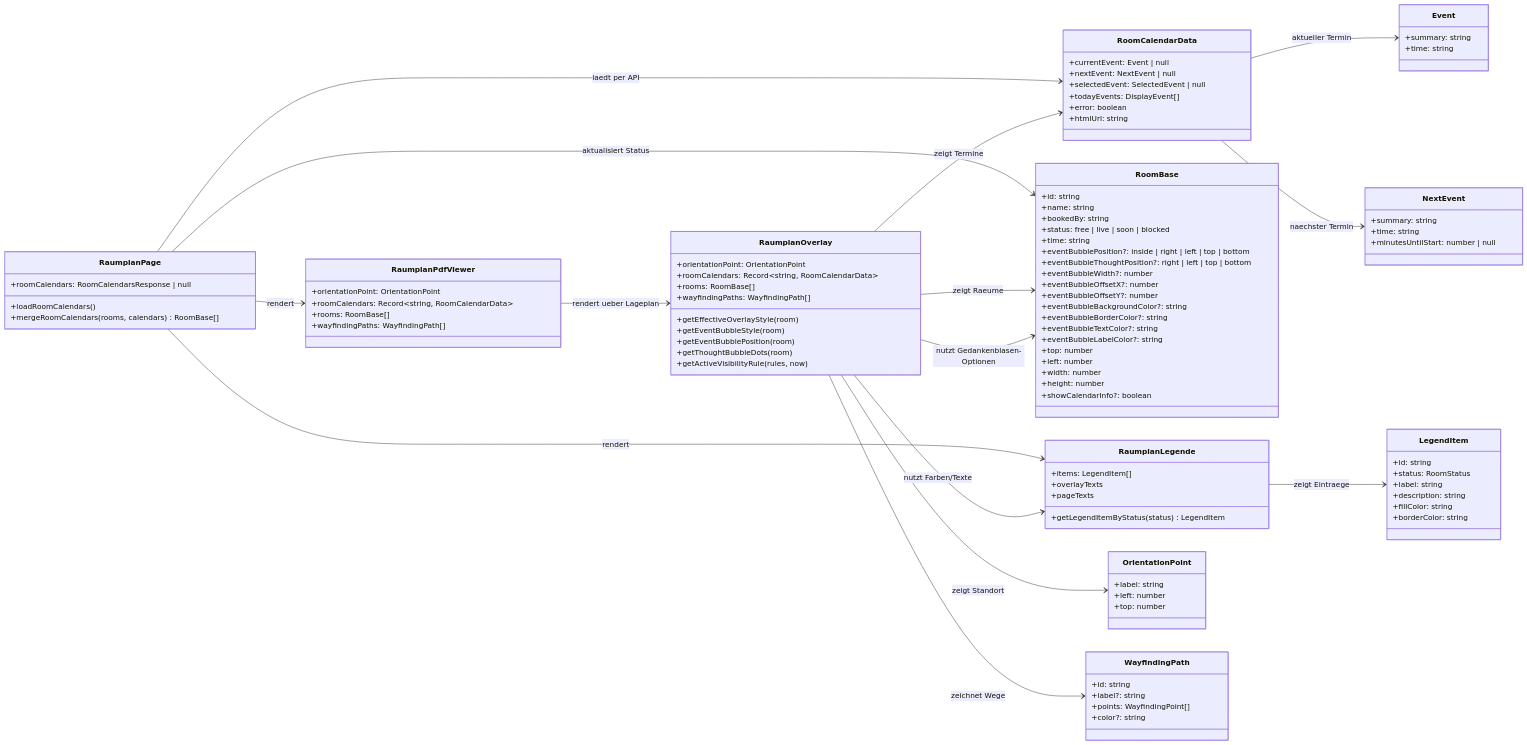
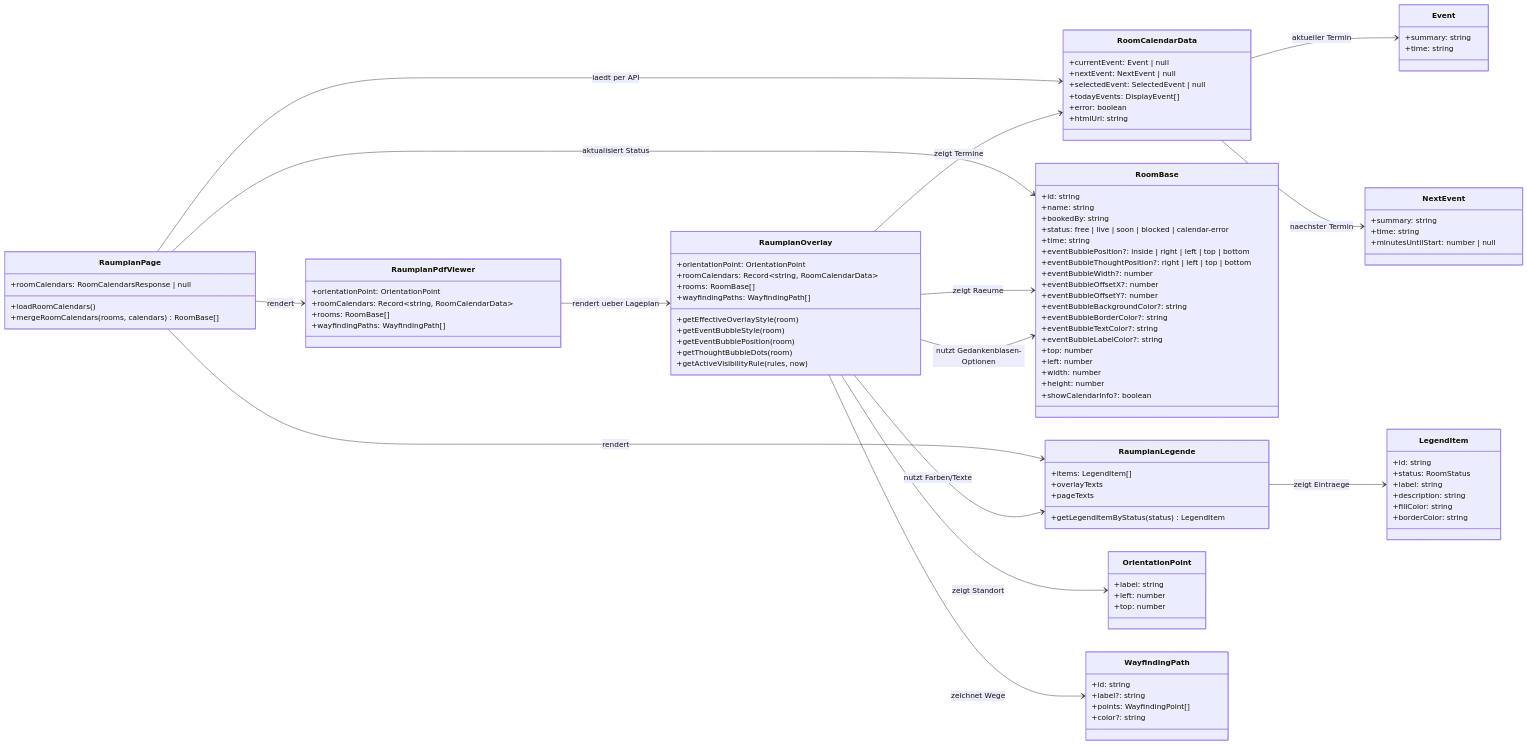
The diagram in docs/klassendiagramm.mmd (albertdueck1-svg/Raum--und-Terminuebersicht), drawn with Mermaid before and after one commit. The commit also changed 9 other files, not shown here.

Commit message:
Diagramme angepasst und ein Teil der Termindarstellung geändert

```diff
--- a/docs/klassendiagramm.mmd
+++ b/docs/klassendiagramm.mmd
@@ -1,113 +1,113 @@
 classDiagram
   direction LR
 
   class RaumplanPage {
     +roomCalendars: RoomCalendarsResponse | null
     +loadRoomCalendars()
     +mergeRoomCalendars(rooms, calendars) RoomBase[]
   }
 
   class RaumplanPdfViewer {
     +orientationPoint: OrientationPoint
     +roomCalendars: Record~string, RoomCalendarData~
     +rooms: RoomBase[]
     +wayfindingPaths: WayfindingPath[]
   }
 
   class RaumplanOverlay {
     +orientationPoint: OrientationPoint
     +roomCalendars: Record~string, RoomCalendarData~
     +rooms: RoomBase[]
     +wayfindingPaths: WayfindingPath[]
     +getEffectiveOverlayStyle(room)
     +getEventBubbleStyle(room)
     +getEventBubblePosition(room)
     +getThoughtBubbleDots(room)
     +getActiveVisibilityRule(rules, now)
   }
 
   class RaumplanLegende {
     +items: LegendItem[]
     +overlayTexts
     +pageTexts
     +getLegendItemByStatus(status) LegendItem
   }
 
   class RoomBase {
     +id: string
     +name: string
     +bookedBy: string
-    +status: free | live | soon | blocked
+    +status: free | live | soon | blocked | calendar-error
     +time: string
     +eventBubblePosition?: inside | right | left | top | bottom
     +eventBubbleThoughtPosition?: right | left | top | bottom
     +eventBubbleWidth?: number
     +eventBubbleOffsetX?: number
     +eventBubbleOffsetY?: number
     +eventBubbleBackgroundColor?: string
     +eventBubbleBorderColor?: string
     +eventBubbleTextColor?: string
     +eventBubbleLabelColor?: string
     +top: number
     +left: number
     +width: number
     +height: number
     +showCalendarInfo?: boolean
   }
 
   class RoomCalendarData {
     +currentEvent: Event | null
     +nextEvent: NextEvent | null
     +selectedEvent: SelectedEvent | null
     +todayEvents: DisplayEvent[]
     +error: boolean
     +htmlUrl: string
   }
 
   class Event {
     +summary: string
     +time: string
   }
 
   class NextEvent {
     +summary: string
     +time: string
     +minutesUntilStart: number | null
   }
 
   class OrientationPoint {
     +label: string
     +left: number
     +top: number
   }
 
   class WayfindingPath {
     +id: string
     +label?: string
     +points: WayfindingPoint[]
     +color?: string
   }
 
   class LegendItem {
     +id: string
     +status: RoomStatus
     +label: string
     +description: string
     +fillColor: string
     +borderColor: string
   }
 
   RaumplanPage --> RaumplanPdfViewer : rendert
   RaumplanPage --> RaumplanLegende : rendert
   RaumplanPage --> RoomCalendarData : laedt per API
   RaumplanPage --> RoomBase : aktualisiert Status
   RaumplanPdfViewer --> RaumplanOverlay : rendert ueber Lageplan
   RaumplanOverlay --> RoomBase : zeigt Raeume
   RaumplanOverlay --> RoomCalendarData : zeigt Termine
   RaumplanOverlay --> OrientationPoint : zeigt Standort
   RaumplanOverlay --> WayfindingPath : zeichnet Wege
   RaumplanOverlay --> RaumplanLegende : nutzt Farben/Texte
   RaumplanOverlay --> RoomBase : nutzt Gedankenblasen-Optionen
   RaumplanLegende --> LegendItem : zeigt Eintraege
   RoomCalendarData --> Event : aktueller Termin
   RoomCalendarData --> NextEvent : naechster Termin
```
